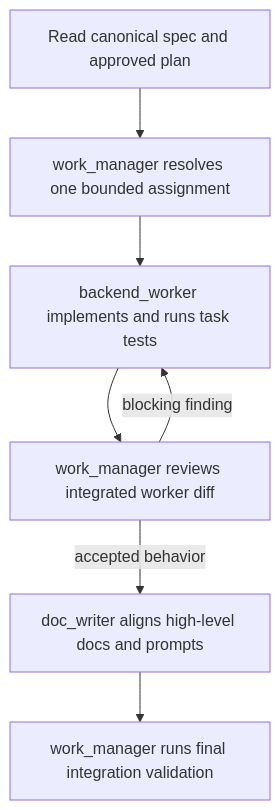
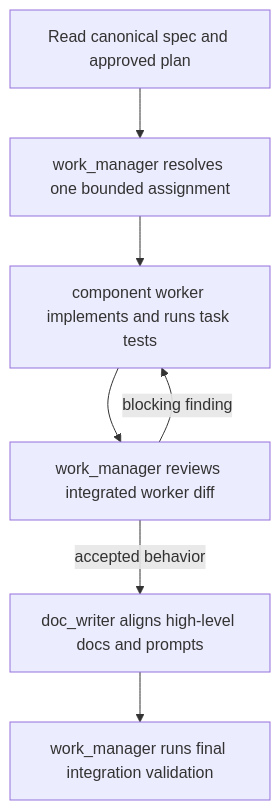
One commit to parmcoder/smt changed the diagram in docs/00-project/SMT - Agent Team.md. Above: the diagram before and after it, drawn with Mermaid. The commit also changed other lines of this file and 16 other files, not shown here.

````diff
--- a/docs/00-project/SMT - Agent Team.md
+++ b/docs/00-project/SMT - Agent Team.md
@@ -50,9 +53,9 @@
 ```mermaid
 flowchart TD
     A[Read canonical spec and approved plan] --> B[work_manager resolves one bounded assignment]
-    B --> C[backend_worker implements and runs task tests]
+    B --> C[component worker implements and runs task tests]
     C --> D[work_manager reviews integrated worker diff]
     D -->|blocking finding| C
     D -->|accepted behavior| E[doc_writer aligns high-level docs and prompts]
     E --> F[work_manager runs final integration validation]
 ```
````
